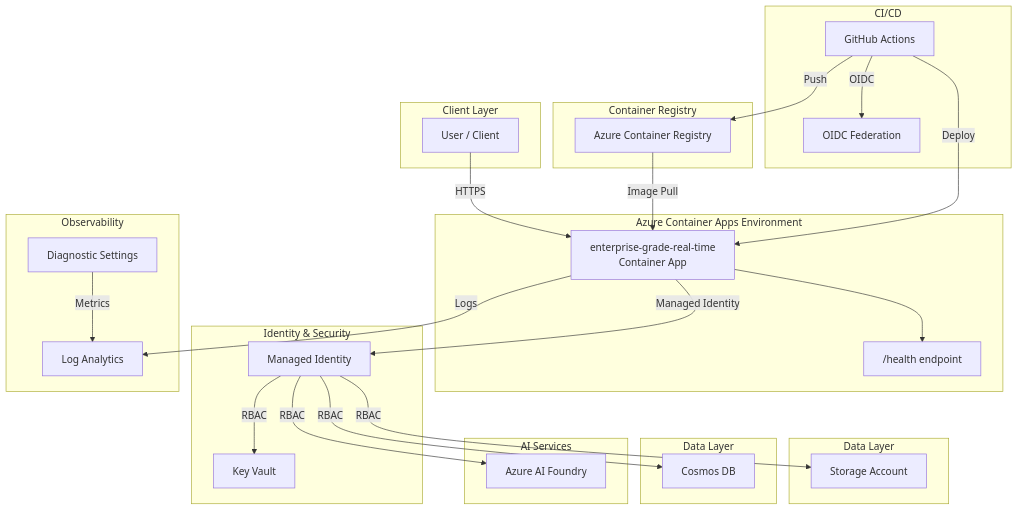
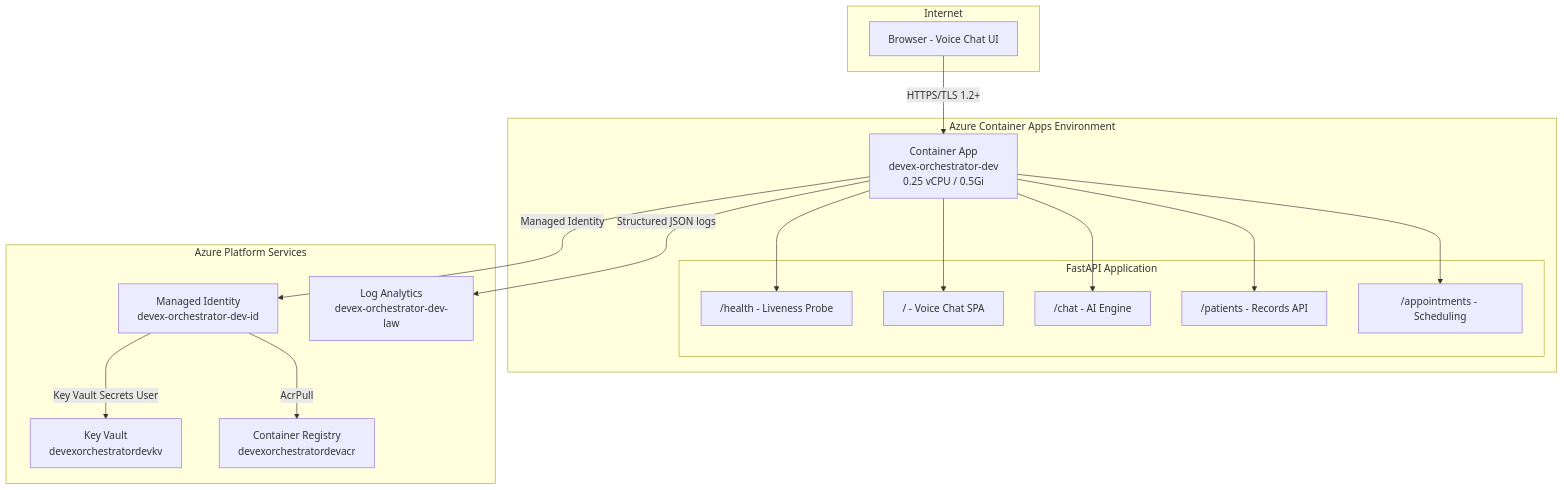
The diagram in slhs-voice-agent/docs/plan.md (Oluseyi-Kofoworola/enterprise-devex-orchestrator), drawn with Mermaid before and after one commit. The commit also changed other lines of this file and 62 other files, not shown here.

````diff
--- a/slhs-voice-agent/docs/plan.md
+++ b/slhs-voice-agent/docs/plan.md
@@ -80,57 +56,36 @@
 ```mermaid
 graph TB
-    subgraph "Client Layer"
-        USER[User / Client]
+    subgraph "Internet"
+        User[Browser - Voice Chat UI]
     end
 
     subgraph "Azure Container Apps Environment"
-        ACA["enterprise-grade-real-time<br/>Container App"]
-        HEALTH["/health endpoint"]
+        CA[Container App<br/>devex-orchestrator-dev<br/>0.25 vCPU / 0.5Gi]
+        
+        subgraph "FastAPI Application"
+            Health["/health - Liveness Probe"]
+            UI["/ - Voice Chat SPA"]
+            Chat["/chat - AI Engine"]
+            Patients["/patients - Records API"]
+            Appts["/appointments - Scheduling"]
+        end
     end
 
-    subgraph "Identity & Security"
-        MI[Managed Identity]
-        KV[Key Vault]
+    subgraph "Azure Platform Services"
+        MI[Managed Identity<br/>devex-orchestrator-dev-id]
+        KV[Key Vault<br/>devexorchestratordevkv]
+        ACR[Container Registry<br/>devexorchestratordevacr]
+        LAW[Log Analytics<br/>devex-orchestrator-dev-law]
     end
 
-    subgraph "Observability"
-        LA[Log Analytics]
-        DIAG[Diagnostic Settings]
-    end
-
-    subgraph "Container Registry"
-        ACR[Azure Container Registry]
-    end
-
-    subgraph "Data Layer"
-        SA[Storage Account]
-    end
-
-    subgraph "Data Layer"
-        CDB[Cosmos DB]
-    end
-
-    USER -->|HTTPS| ACA
-    ACA --> HEALTH
-    ACA -->|Managed Identity| MI
-    MI -->|RBAC| KV
-    ACA -->|Logs| LA
-    DIAG -->|Metrics| LA
-    ACR -->|Image Pull| ACA
-    MI -->|RBAC| SA
-    MI -->|RBAC| CDB
-
-    subgraph "AI Services"
-        AOAI[Azure AI Foundry]
-    end
-    MI -->|RBAC| AOAI
-
-    subgraph "CI/CD"
-        GHA[GitHub Actions]
-        OIDC[OIDC Federation]
-    end
-    GHA -->|OIDC| OIDC
-    GHA -->|Deploy| ACA
-    GHA -->|Push| ACR
-
+    User -->|"HTTPS/TLS 1.2+"| CA
+    CA --> Health
+    CA --> UI
+    CA --> Chat
+    CA --> Patients
+    CA --> Appts
+    CA -->|"Managed Identity"| MI
+    MI -->|"Key Vault Secrets User"| KV
+    MI -->|"AcrPull"| ACR
+    CA -->|"Structured JSON logs"| LAW
 ```
````
